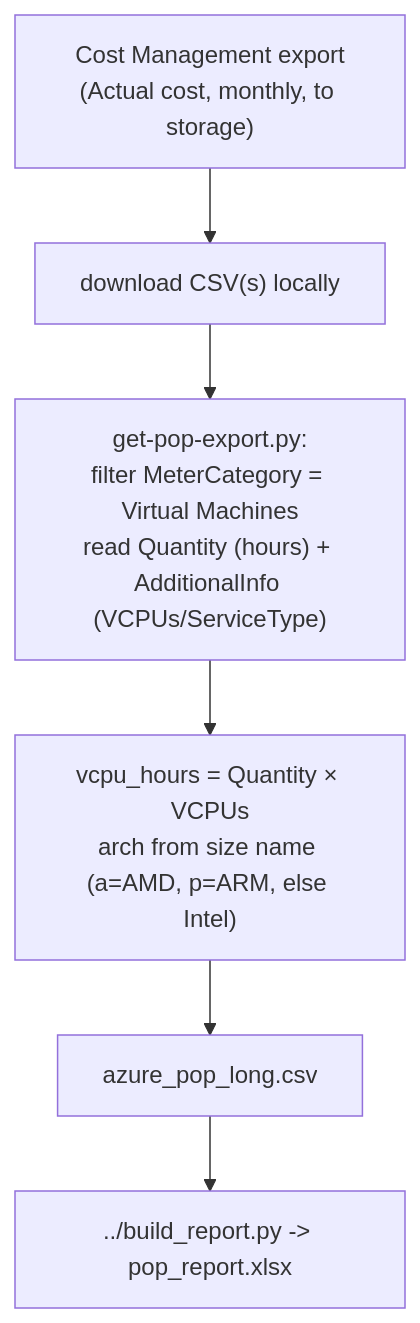
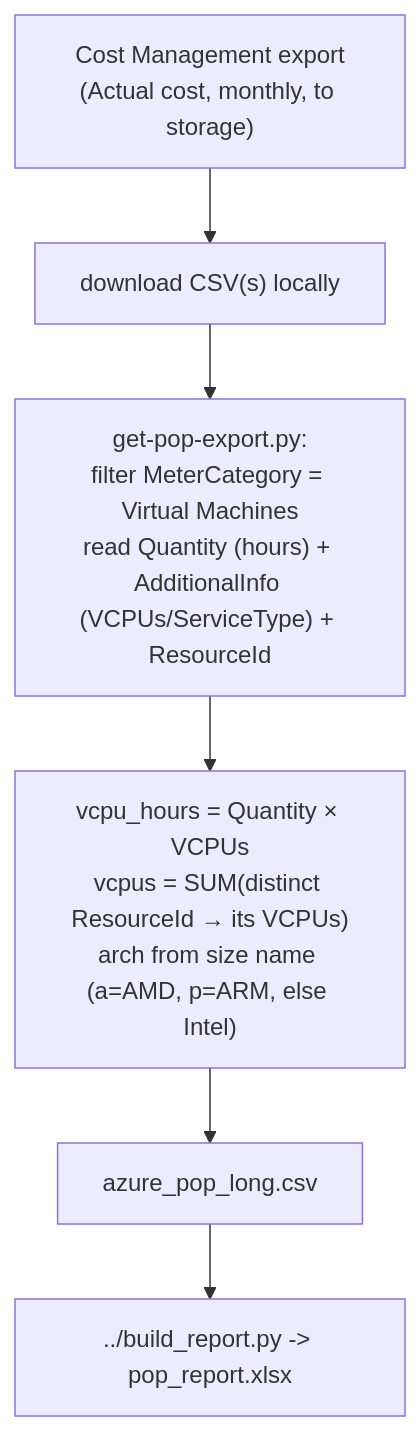
Before and after one commit to nfairoza/cloud-samples: the diagram in proof-of-performance/azure/README.md, drawn with Mermaid. The commit also changed other lines of this file and 8 other files, not shown here.

````diff
--- a/proof-of-performance/azure/README.md
+++ b/proof-of-performance/azure/README.md
@@ -22,8 +25,8 @@
 ```mermaid
 flowchart TD
     A["Cost Management export<br/>(Actual cost, monthly, to storage)"] --> B["download CSV(s) locally"]
-    B --> C["get-pop-export.py:<br/>filter MeterCategory = Virtual Machines<br/>read Quantity (hours) + AdditionalInfo (VCPUs/ServiceType)"]
-    C --> D["vcpu_hours = Quantity × VCPUs<br/>arch from size name (a=AMD, p=ARM, else Intel)"]
+    B --> C["get-pop-export.py:<br/>filter MeterCategory = Virtual Machines<br/>read Quantity (hours) + AdditionalInfo (VCPUs/ServiceType) + ResourceId"]
+    C --> D["vcpu_hours = Quantity × VCPUs<br/>vcpus = SUM(distinct ResourceId → its VCPUs)<br/>arch from size name (a=AMD, p=ARM, else Intel)"]
     D --> E["azure_pop_long.csv"]
     E --> F["../build_report.py -> pop_report.xlsx"]
 ```
````
